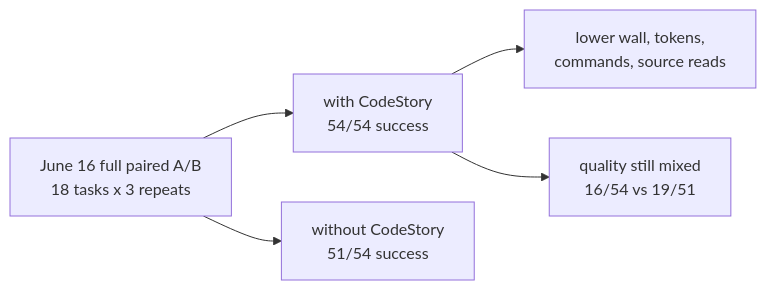
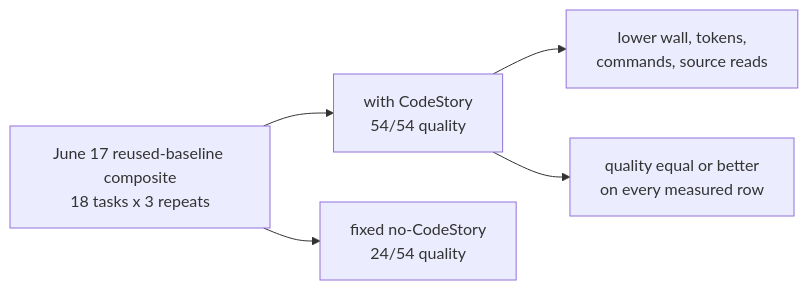
Before and after one commit to TheGreenCedar/CodeStory: the diagram in docs/testing/benchmark-ledger.md, drawn with Mermaid. The commit also changed other lines of this file and 12 other files, not shown here.

````diff
--- a/docs/testing/benchmark-ledger.md
+++ b/docs/testing/benchmark-ledger.md
@@ -32,12 +33,12 @@
 ```mermaid
 flowchart LR
-    run["June 16 full paired A/B<br/>18 tasks x 3 repeats"]
-    cs["with CodeStory<br/>54/54 success"]
-    base["without CodeStory<br/>51/54 success"]
+    run["June 17 reused-baseline composite<br/>18 tasks x 3 repeats"]
+    cs["with CodeStory<br/>54/54 quality"]
+    base["fixed no-CodeStory<br/>24/54 quality"]
     ops["lower wall, tokens,<br/>commands, source reads"]
-    quality["quality still mixed<br/>16/54 vs 19/51"]
+    quality["quality equal or better<br/>on every measured row"]
     run --> cs
     run --> base
     cs --> ops
     cs --> quality
 ```
````
